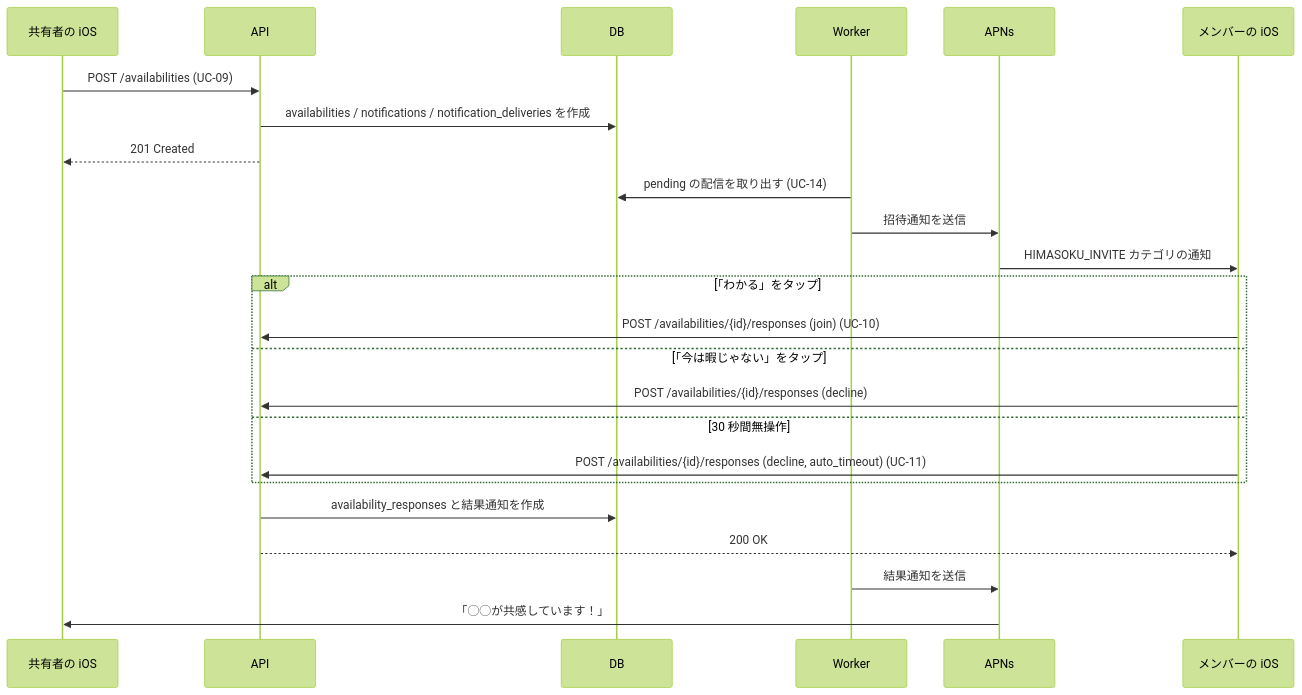
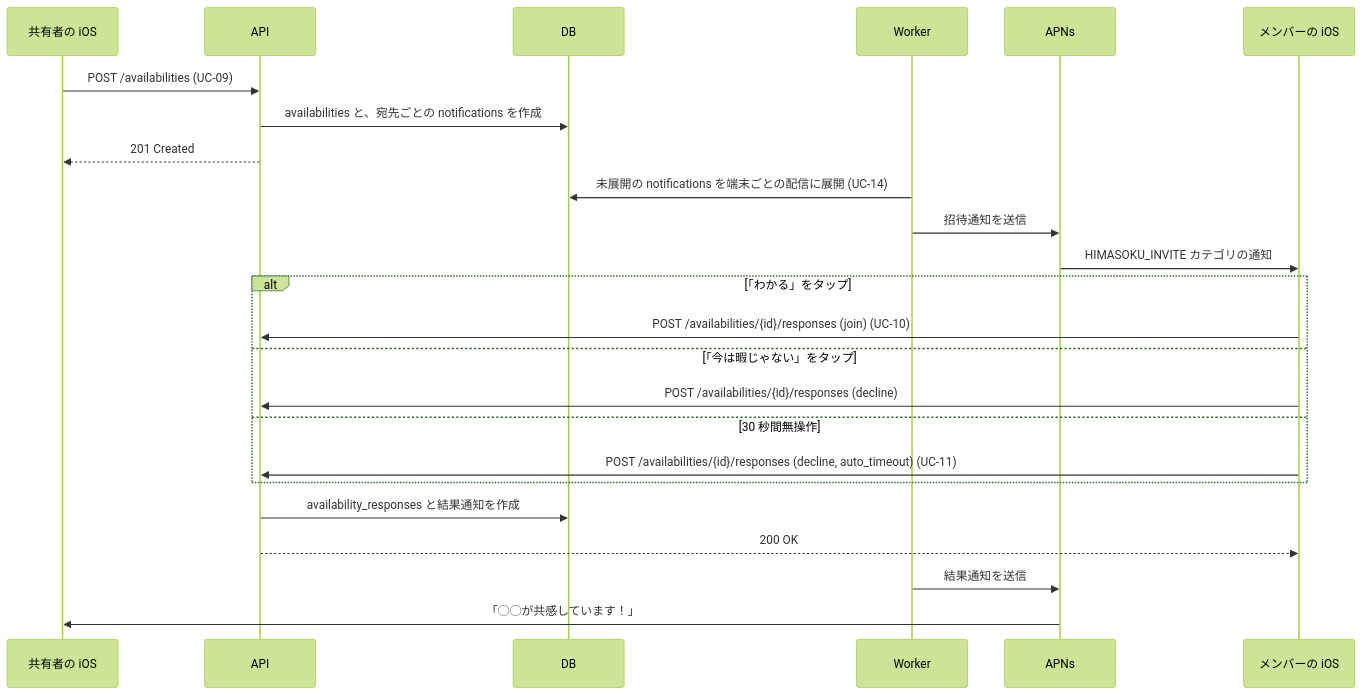
One commit to sawakishuto/himasoku-go changed the first of 6 diagrams in docs/usecases/availability-sharing.md. Above: the diagram before and after it, drawn with Mermaid (forest theme). The commit also changed other lines of this file and 3 other files, not shown here.

````diff
--- a/docs/usecases/availability-sharing.md
+++ b/docs/usecases/availability-sharing.md
@@ -11,31 +11,31 @@
 ```mermaid
 sequenceDiagram
     participant 共有者 as 共有者の iOS
     participant API
     participant DB
     participant Worker
     participant APNs
     participant メンバー as メンバーの iOS
 
     共有者->>API: POST /availabilities (UC-09)
-    API->>DB: availabilities / notifications / notification_deliveries を作成
+    API->>DB: availabilities と、宛先ごとの notifications を作成
     API-->>共有者: 201 Created
 
-    Worker->>DB: pending の配信を取り出す (UC-14)
+    Worker->>DB: 未展開の notifications を端末ごとの配信に展開 (UC-14)
     Worker->>APNs: 招待通知を送信
     APNs->>メンバー: HIMASOKU_INVITE カテゴリの通知
 
     alt 「わかる」をタップ
         メンバー->>API: POST /availabilities/{id}/responses (join) (UC-10)
     else 「今は暇じゃない」をタップ
         メンバー->>API: POST /availabilities/{id}/responses (decline)
     else 30 秒間無操作
         メンバー->>API: POST /availabilities/{id}/responses (decline, auto_timeout) (UC-11)
     end
 
     API->>DB: availability_responses と結果通知を作成
     API-->>メンバー: 200 OK
 
     Worker->>APNs: 結果通知を送信
     APNs->>共有者: 「◯◯が共感しています！」
 ```
````
